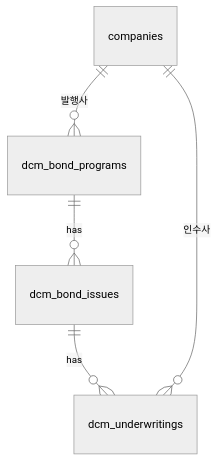
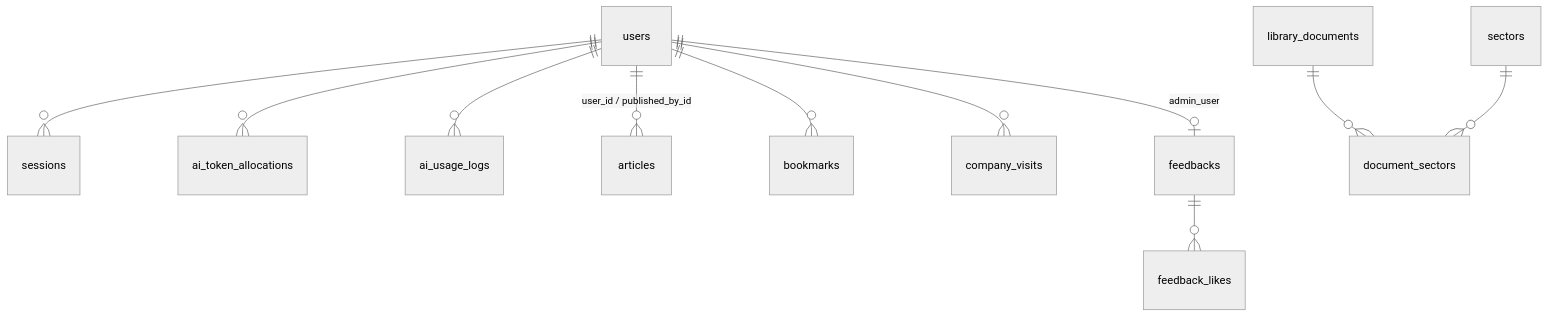
The third of 4 diagrams in compass/database-schema.md (fntimes/docs), drawn with Mermaid (neutral theme) before and after one commit. The commit also changed other lines of this file and 1 other file, not shown here.

````diff
--- a/compass/database-schema.md
+++ b/compass/database-schema.md
@@ -101,7 +164,13 @@
 ```mermaid
 erDiagram
-    companies ||--o{ dcm_bond_programs : "발행사"
-    dcm_bond_programs ||--o{ dcm_bond_issues : has
-    dcm_bond_issues ||--o{ dcm_underwritings : has
-    companies ||--o{ dcm_underwritings : "인수사"
+    users ||--o{ sessions : ""
+    users ||--o{ ai_token_allocations : ""
+    users ||--o{ ai_usage_logs : ""
+    users ||--o{ articles : "user_id / published_by_id"
+    users ||--o{ bookmarks : ""
+    users ||--o{ company_visits : ""
+    users ||--o| feedbacks : "admin_user"
+    feedbacks ||--o{ feedback_likes : ""
+    library_documents ||--o{ document_sectors : ""
+    sectors ||--o{ document_sectors : ""
 ```
````
